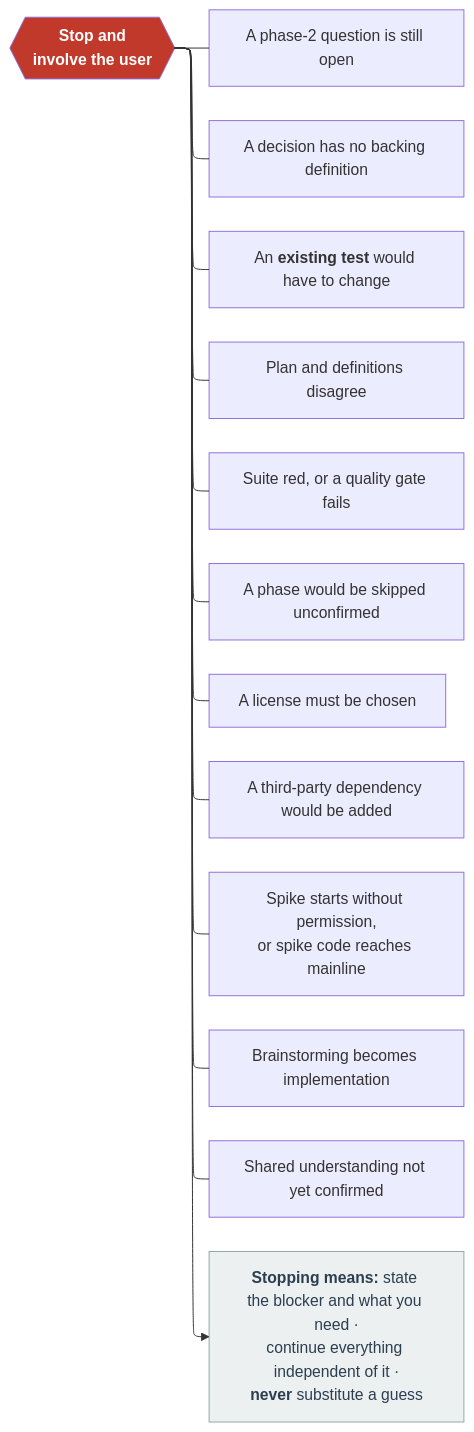
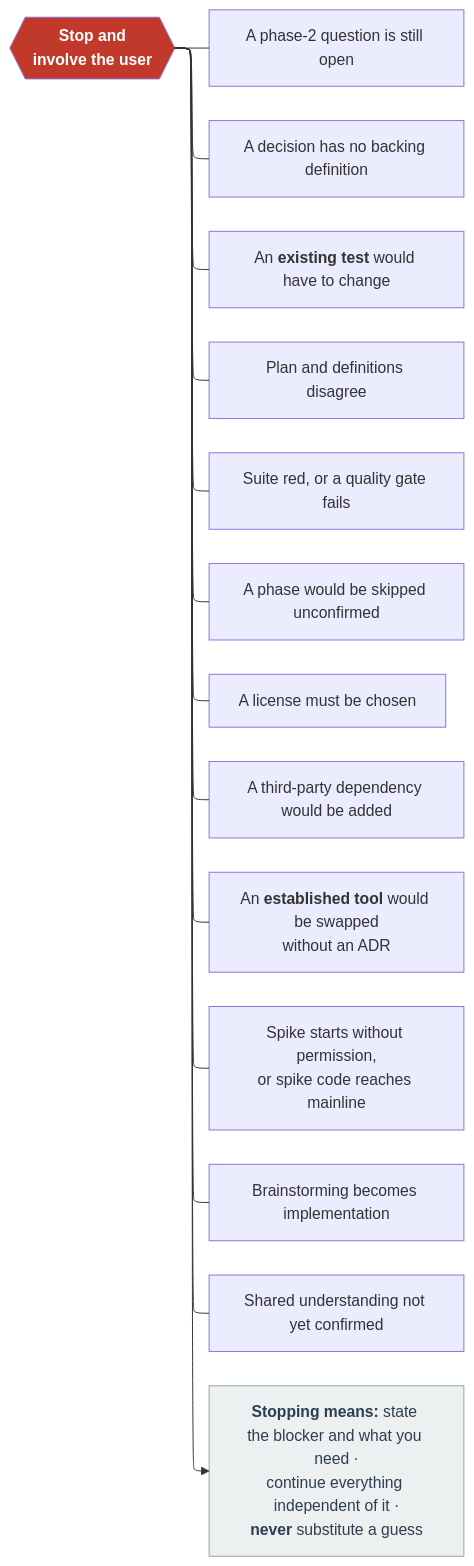
Before and after one commit to os890/skill_disciplined-delivery: the fifth of 10 diagrams in docs/delivery-flow.md, drawn with Mermaid. The commit also changed other lines of this file and 14 other files, not shown here.

````diff
--- a/docs/delivery-flow.md
+++ b/docs/delivery-flow.md
@@ -136,27 +162,28 @@
 ```mermaid
 ---
 config:
   layout: elk
   elk:
     mergeEdges: true
     nodePlacementStrategy: BRANDES_KOEPF
 ---
 flowchart LR
     HS{{"<b>Stop and<br/>involve the user</b>"}}
     HS --- H1["A phase-2 question is still open"]
     HS --- H2["A decision has no backing definition"]
     HS --- H3["An <b>existing test</b> would have to change"]
     HS --- H4["Plan and definitions disagree"]
     HS --- H5["Suite red, or a quality gate fails"]
     HS --- H6["A phase would be skipped unconfirmed"]
     HS --- H7["A license must be chosen"]
     HS --- H8["A third-party dependency would be added"]
+    HS --- H8b["An <b>established tool</b> would be swapped<br/>without an ADR"]
     HS --- H9["Spike starts without permission,<br/>or spike code reaches mainline"]
     HS --- H10["Brainstorming becomes implementation"]
     HS --- H11["Shared understanding not yet confirmed"]
 
     HS --> MEAN["<b>Stopping means:</b> state the blocker and what you need ·<br/>continue everything independent of it ·<br/><b>never</b> substitute a guess"]
 
     style HS fill:#c0392b,color:#fff
     style MEAN fill:#ecf0f1,stroke:#95a5a6,color:#2c3e50
 ```
````
